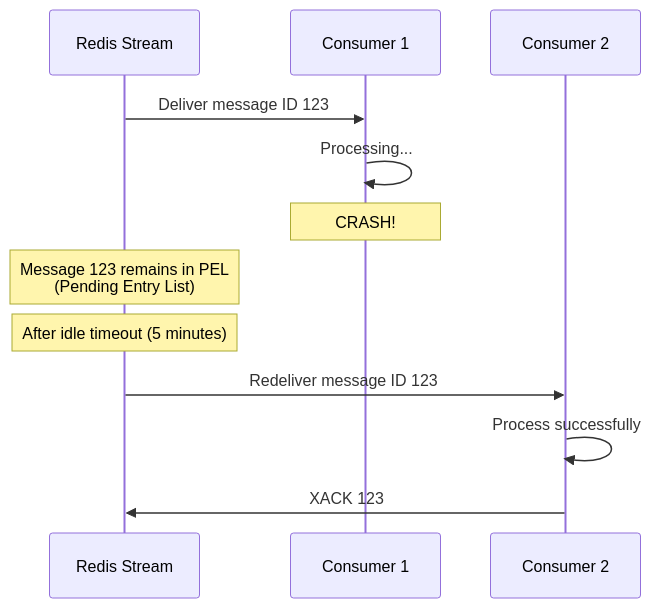
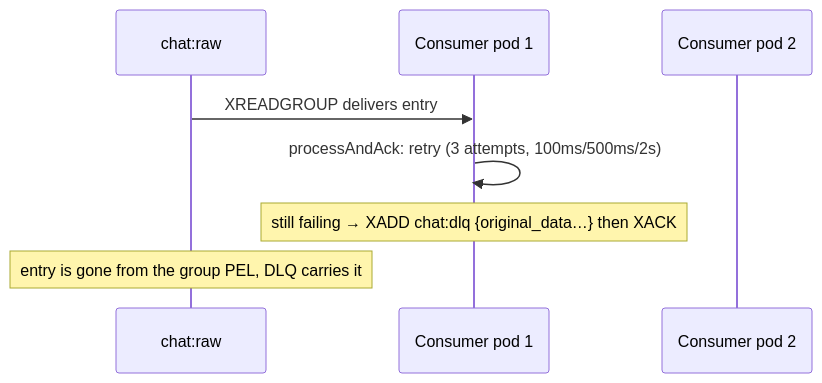
Before and after one commit to caesarakalaeii/all-chat: the fifth of 5 diagrams in docs/architecture/01-DATA-FLOW.md, drawn with Mermaid. The commit also changed other lines of this file and 10 other files, not shown here.

First line of the commit message:
docs(architecture): bring the architecture docs in line with the running system

````diff
--- a/docs/architecture/01-DATA-FLOW.md
+++ b/docs/architecture/01-DATA-FLOW.md
@@ -745,16 +516,11 @@
 ```mermaid
 sequenceDiagram
-    participant Stream as Redis Stream
-    participant Consumer1 as Consumer 1
-    participant Consumer2 as Consumer 2
+    participant Stream as chat:raw
+    participant C1 as Consumer pod 1
+    participant C2 as Consumer pod 2
 
-    Stream->>Consumer1: Deliver message ID 123
-    Consumer1->>Consumer1: Processing...
-    Note over Consumer1: CRASH!
-    Note over Stream: Message 123 remains in PEL<br/>(Pending Entry List)
-
-    Note over Stream: After idle timeout (5 minutes)
-    Stream->>Consumer2: Redeliver message ID 123
-    Consumer2->>Consumer2: Process successfully
-    Consumer2->>Stream: XACK 123
+    Stream->>C1: XREADGROUP delivers entry
+    C1->>C1: processAndAck: retry (3 attempts, 100ms/500ms/2s)
+    Note over C1: still failing → XADD chat:dlq {original_data…} then XACK
+    Note over Stream: entry is gone from the group PEL, DLQ carries it
 ```
````
